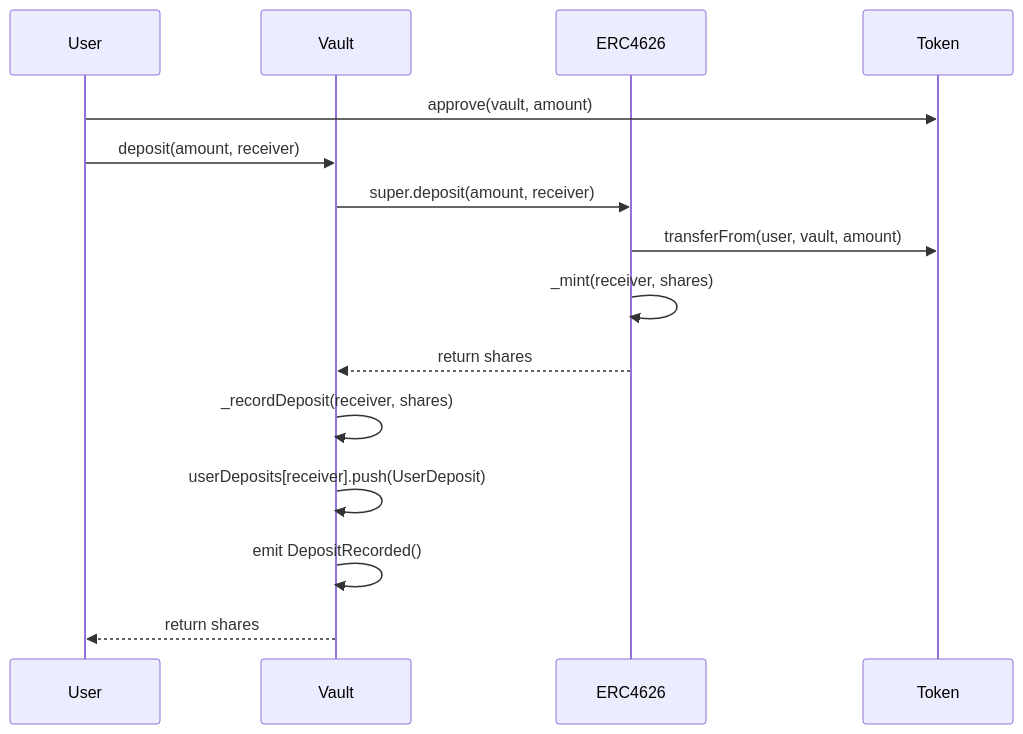
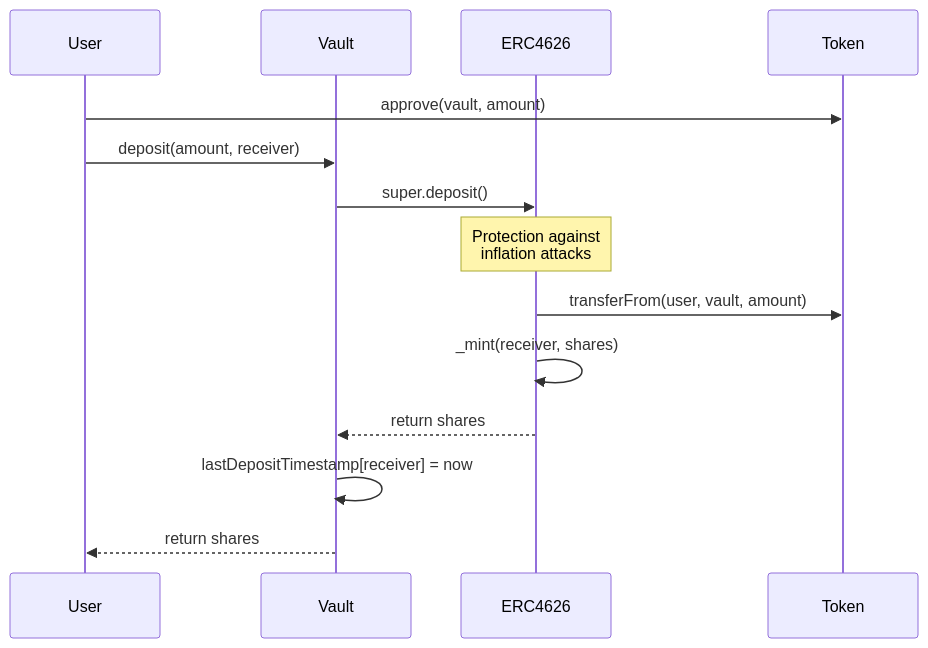
The second of 3 diagrams in docs/en/pelon-staking-vault-security-analysis.md (PelonClub/PelonClub-BaseNetwork-Monorepo), drawn with Mermaid before and after one commit. The commit also changed other lines of this file and 9 other files, not shown here.

````diff
--- a/docs/en/pelon-staking-vault-security-analysis.md
+++ b/docs/en/pelon-staking-vault-security-analysis.md
@@ -628,18 +376,17 @@
 ```mermaid
 sequenceDiagram
     participant User
     participant Vault
     participant ERC4626
     participant Token
     
     User->>Token: approve(vault, amount)
     User->>Vault: deposit(amount, receiver)
-    Vault->>ERC4626: super.deposit(amount, receiver)
+    Vault->>ERC4626: super.deposit()
+    Note over ERC4626: Protection against<br/>inflation attacks
     ERC4626->>Token: transferFrom(user, vault, amount)
     ERC4626->>ERC4626: _mint(receiver, shares)
     ERC4626-->>Vault: return shares
-    Vault->>Vault: _recordDeposit(receiver, shares)
-    Vault->>Vault: userDeposits[receiver].push(UserDeposit)
-    Vault->>Vault: emit DepositRecorded()
+    Vault->>Vault: lastDepositTimestamp[receiver] = now
     Vault-->>User: return shares
 ```
````
